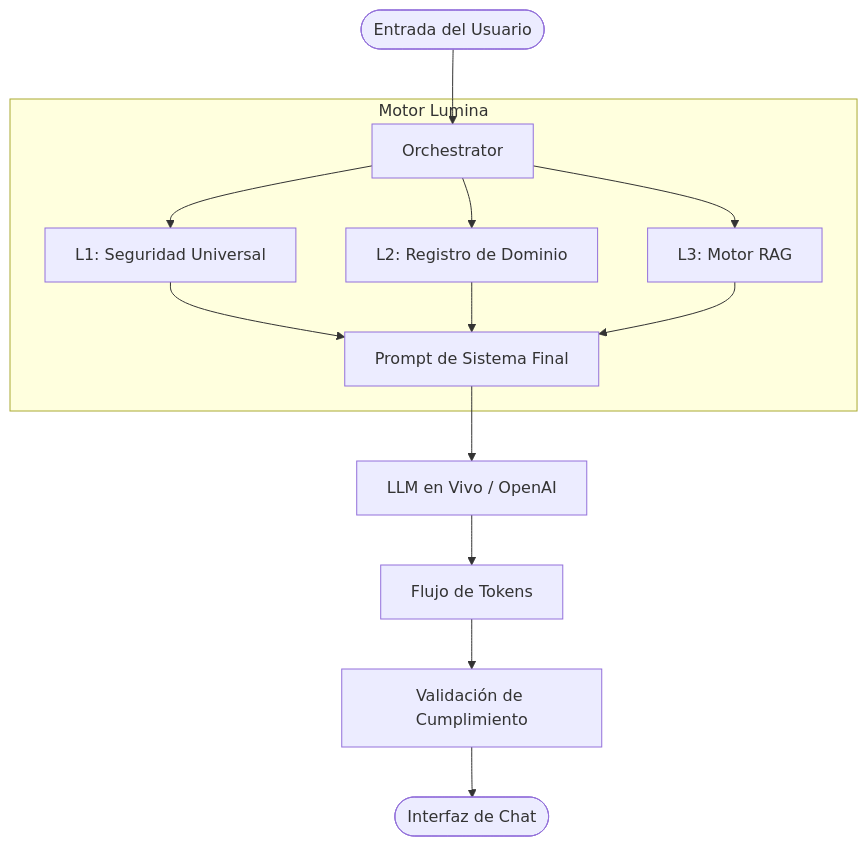
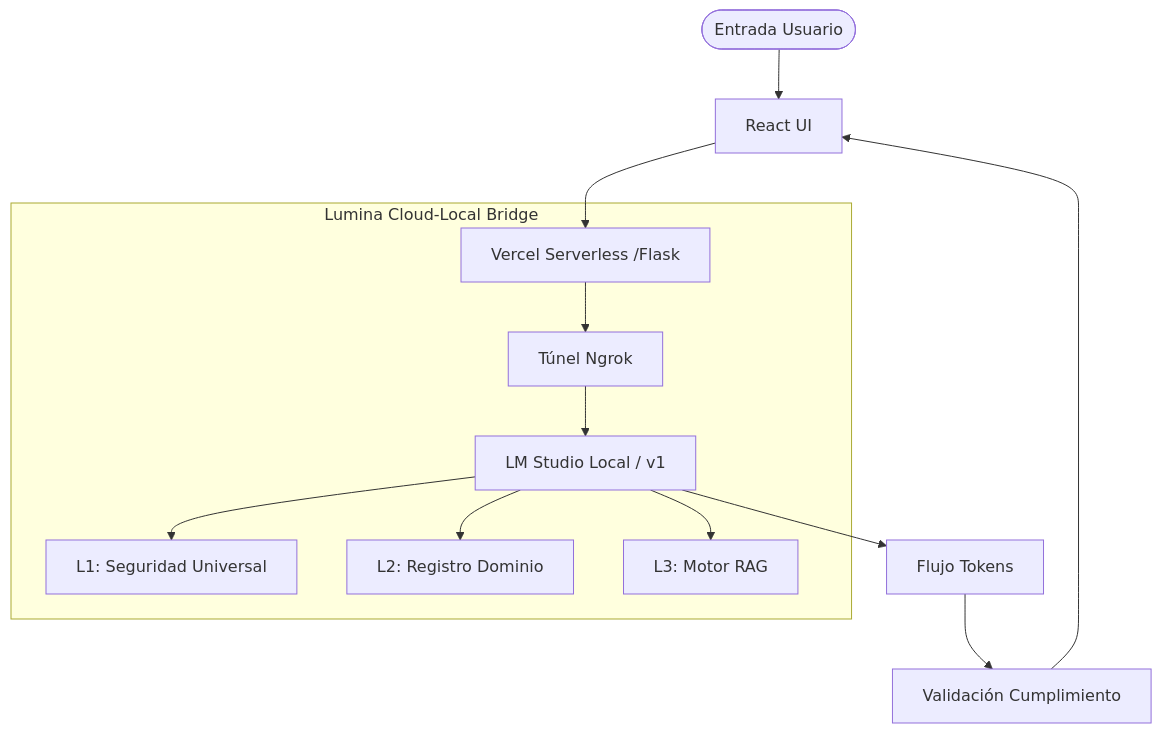
One commit to D4RKL0RD-J0571N/Lumina-Automated-Context-Aware-Engagement---Compliance-Engine changed the diagram in DOCS-ES.md. Above: the diagram before and after it, drawn with Mermaid. The commit also changed other lines of this file and 10 other files, not shown here.

Commit message:
fix: resolve vercel 404 errors by harvesting frontend build to root public dir and fixing spa routing

````diff
--- a/DOCS-ES.md
+++ b/DOCS-ES.md
@@ -15,14 +15,15 @@
 ```mermaid
 graph TD
-    User([Entrada del Usuario]) --> Orchestrator
-    subgraph Engine ["Motor Lumina"]
-        Orchestrator --> L1[L1: Seguridad Universal]
-        Orchestrator --> L2[L2: Registro de Dominio]
-        Orchestrator --> L3[L3: Motor RAG]
-        L1 & L2 & L3 --> FinalPrompt[Prompt de Sistema Final]
+    User([Entrada Usuario]) --> Frontend[React UI]
+    Frontend --> Vercel[Vercel Serverless /Flask]
+    subgraph Engine ["Lumina Cloud-Local Bridge"]
+        Vercel --> Ngrok[Túnel Ngrok]
+        Ngrok --> LocalAI[LM Studio Local / v1]
+        LocalAI --> L1[L1: Seguridad Universal]
+        LocalAI --> L2[L2: Registro Dominio]
+        LocalAI --> L3[L3: Motor RAG]
     end
-    FinalPrompt --> LLM[LLM en Vivo / OpenAI]
-    LLM --> Stream[Flujo de Tokens]
-    Stream --> Interceptor[Validación de Cumplimiento]
-    Interceptor --> UI([Interfaz de Chat])
+    LocalAI --> Stream[Flujo Tokens]
+    Stream --> Interceptor[Validación Cumplimiento]
+    Interceptor --> Frontend
 ```
````
